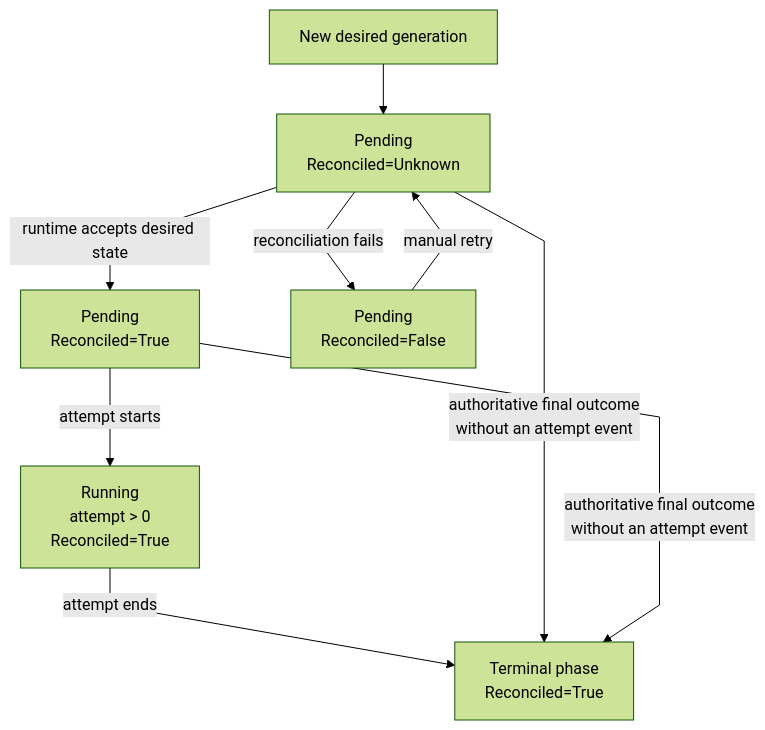
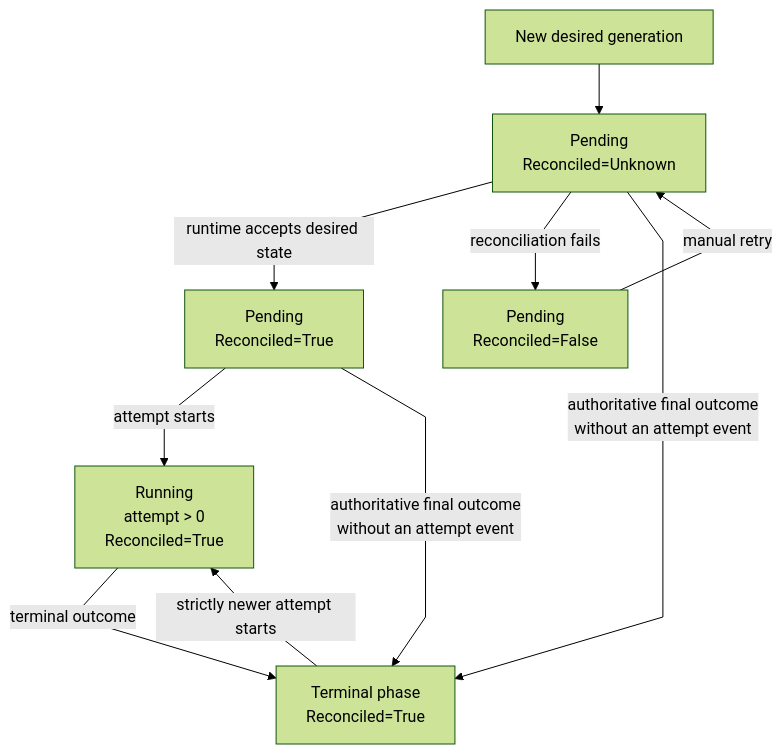
The fourth of 9 diagrams in crates/solti-model/ARCHITECTURE.md (soltiHQ/sdk), drawn with Mermaid (forest theme) before and after one commit. The commit also changed other lines of this file and 222 other files, not shown here.

````diff
--- a/crates/solti-model/ARCHITECTURE.md
+++ b/crates/solti-model/ARCHITECTURE.md
@@ -142,19 +142,20 @@
 ```mermaid
 %%{init: {"flowchart": {"curve": "linear"}}}%%
 flowchart TB
     Desired["New desired generation"]
     Scheduled["Pending<br/>Reconciled=Unknown"]
     Accepted["Pending<br/>Reconciled=True"]
     FailedReconcile["Pending<br/>Reconciled=False"]
     Running["Running<br/>attempt > 0<br/>Reconciled=True"]
     Terminal["Terminal phase<br/>Reconciled=True"]
 
     Desired --> Scheduled
     Scheduled -->|runtime accepts desired state| Accepted
     Scheduled -->|reconciliation fails| FailedReconcile
     FailedReconcile -->|manual retry| Scheduled
     Accepted -->|attempt starts| Running
-    Running -->|attempt ends| Terminal
+    Running -->|terminal outcome| Terminal
+    Terminal -->|strictly newer attempt starts| Running
     Scheduled -->|authoritative final outcome<br/>without an attempt event| Terminal
     Accepted -->|authoritative final outcome<br/>without an attempt event| Terminal
 ```
````
